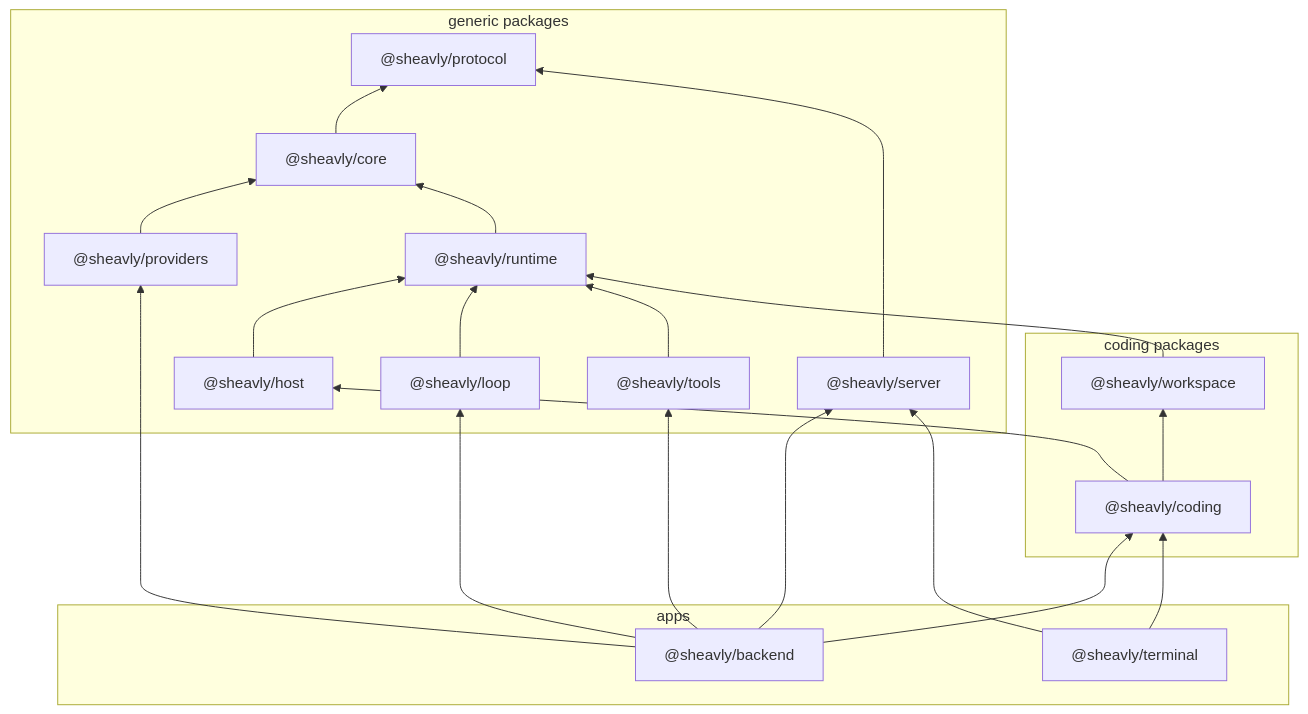
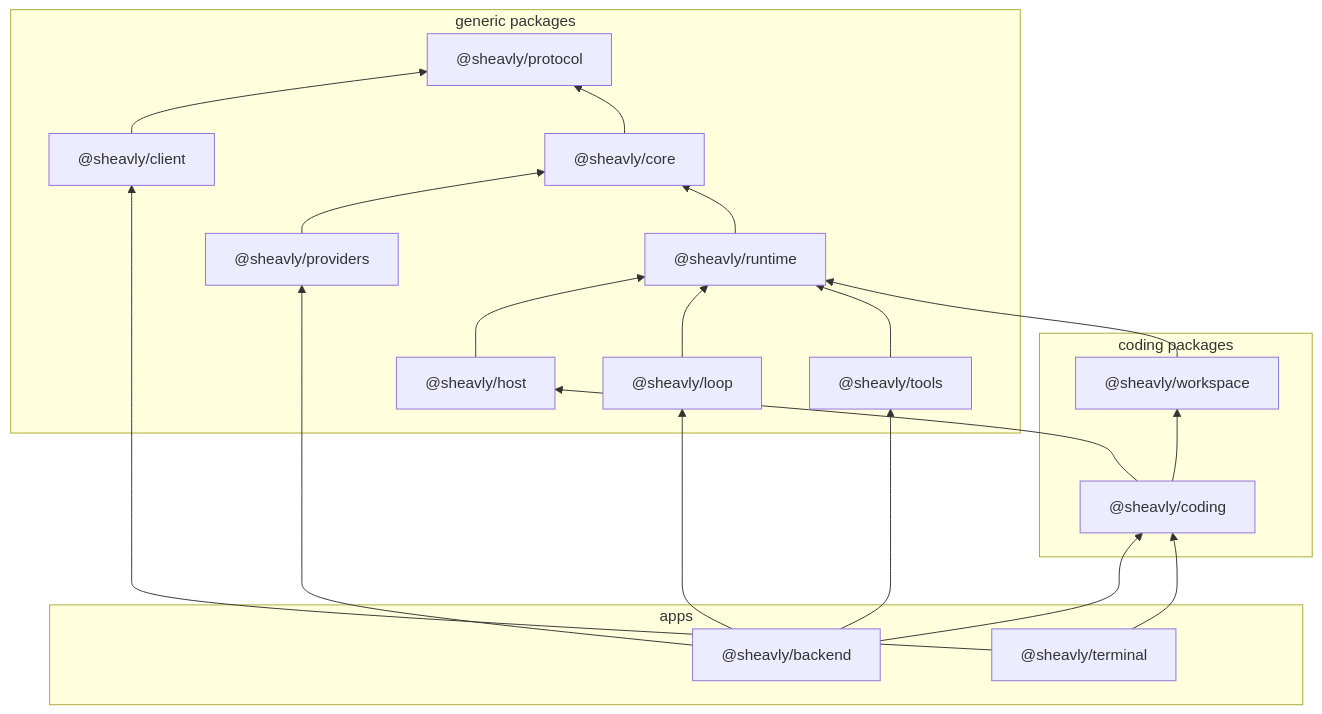
The diagram in docs/overview.md (Sheavly/code), drawn with Mermaid before and after one commit. The commit also changed 35 other files, not shown here.

First line of the commit message:
refactor(client)!: rename @sheavly/server to @sheavly/client

````diff
--- a/docs/overview.md
+++ b/docs/overview.md
@@ -35,38 +35,37 @@
 ```mermaid
 flowchart BT
   subgraph group_generic ["generic packages"]
+    client["@sheavly/client"]
     core["@sheavly/core"]
     host["@sheavly/host"]
     loop["@sheavly/loop"]
     protocol["@sheavly/protocol"]
     providers["@sheavly/providers"]
     runtime["@sheavly/runtime"]
-    server["@sheavly/server"]
     tools["@sheavly/tools"]
   end
   subgraph group_coding ["coding packages"]
     coding["@sheavly/coding"]
     workspace["@sheavly/workspace"]
   end
   subgraph group_apps ["apps"]
     backend["@sheavly/backend"]
     terminal["@sheavly/terminal"]
   end
   backend --> coding
   backend --> loop
   backend --> providers
-  backend --> server
   backend --> tools
+  client --> protocol
   coding --> host
   coding --> workspace
   core --> protocol
   host --> runtime
   loop --> runtime
   providers --> core
   runtime --> core
-  server --> protocol
+  terminal --> client
   terminal --> coding
-  terminal --> server
   tools --> runtime
   workspace --> runtime
 ```
````
